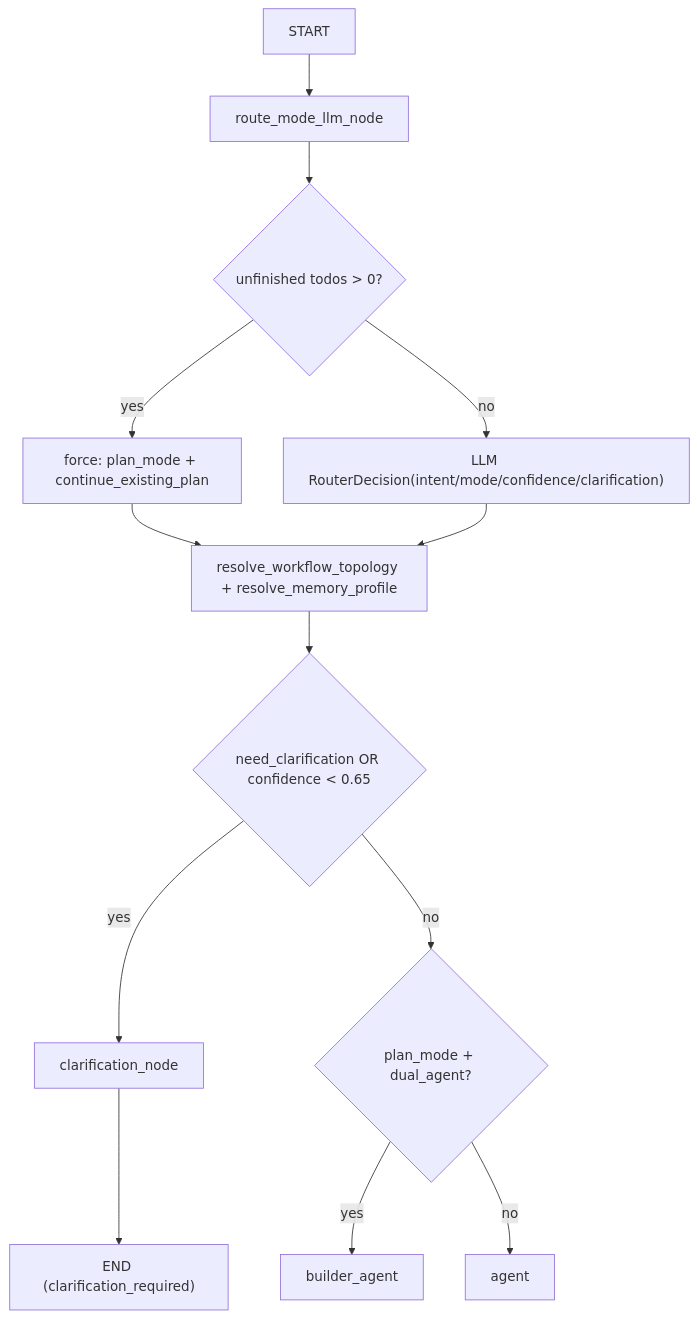
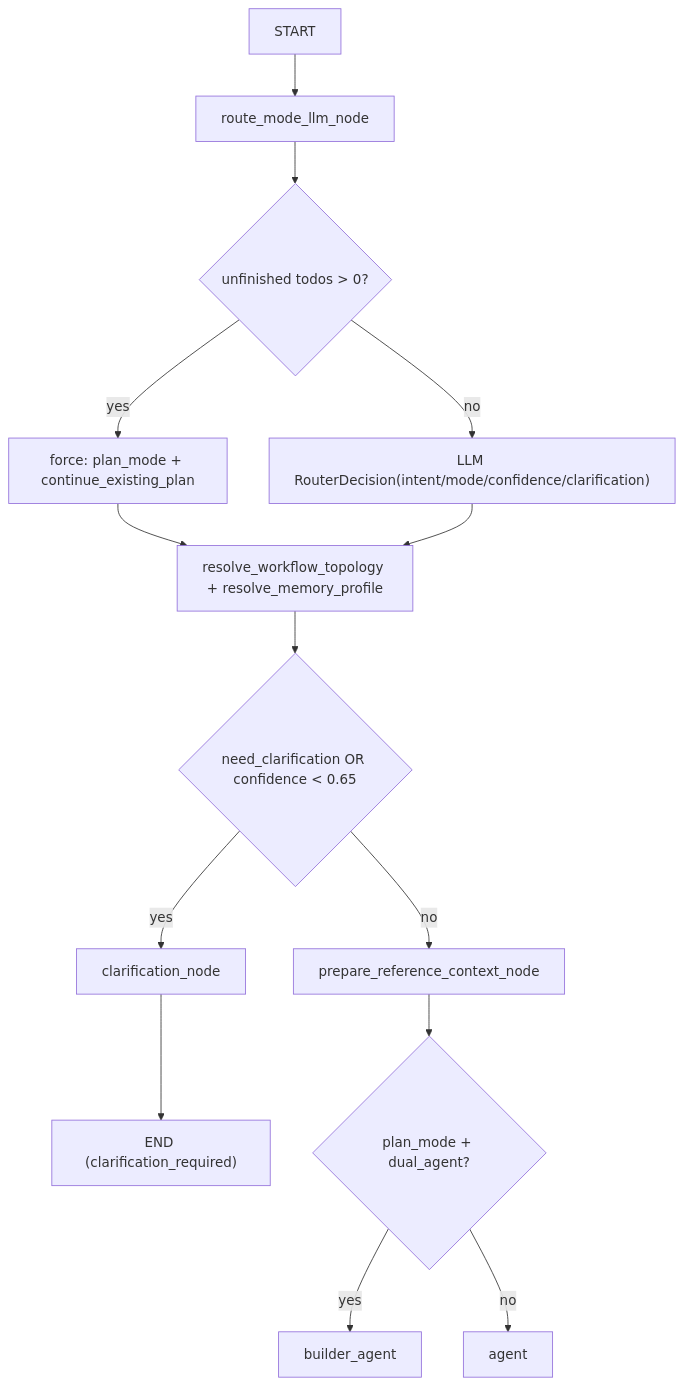
Before and after one commit to 3DSceneAgent/Vibe3DScene: the second of 5 diagrams in docs/architecture/current-agent-workflow.md, drawn with Mermaid. The commit also changed other lines of this file and 45 other files, not shown here.

````diff
--- a/docs/architecture/current-agent-workflow.md
+++ b/docs/architecture/current-agent-workflow.md
@@ -59,18 +59,19 @@
 ```mermaid
 flowchart TD
     A["START"] --> B["route_mode_llm_node"]
     B --> C{"unfinished todos > 0?"}
     C -->|yes| D["force: plan_mode + continue_existing_plan"]
     C -->|no| E["LLM RouterDecision(intent/mode/confidence/clarification)"]
 
     D --> F["resolve_workflow_topology + resolve_memory_profile"]
     E --> F
 
     F --> G{"need_clarification OR confidence < 0.65"}
     G -->|yes| H["clarification_node"]
     H --> I["END (clarification_required)"]
 
-    G -->|no| J{"plan_mode + dual_agent?"}
-    J -->|yes| K["builder_agent"]
-    J -->|no| L["agent"]
+    G -->|no| J["prepare_reference_context_node"]
+    J --> K{"plan_mode + dual_agent?"}
+    K -->|yes| L["builder_agent"]
+    K -->|no| M["agent"]
 ```
````
